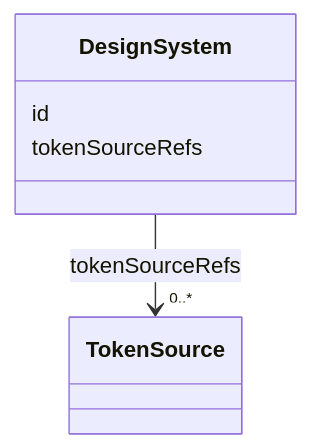
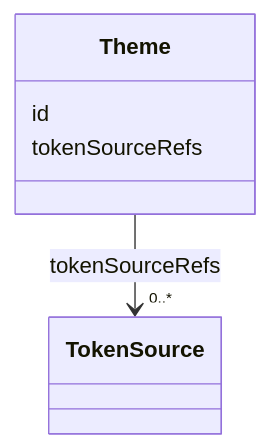
The seventh of 7 diagrams in specs/ed/modules/design-system/index.md (openuji/spec-ujg), drawn with Mermaid before and after one commit. The commit also changed other lines of this file and 40 other files, not shown here.

Commit message:
stabled design system skill

````diff
--- a/specs/ed/modules/design-system/index.md
+++ b/specs/ed/modules/design-system/index.md
@@ -192,9 +192,9 @@
 ```mermaid
 classDiagram
   class TokenSource
-  class DesignSystem {
+  class Theme {
     id
     tokenSourceRefs
   }
-  DesignSystem --> "0..*" TokenSource : tokenSourceRefs
+  Theme --> "0..*" TokenSource : tokenSourceRefs
 ```
````
